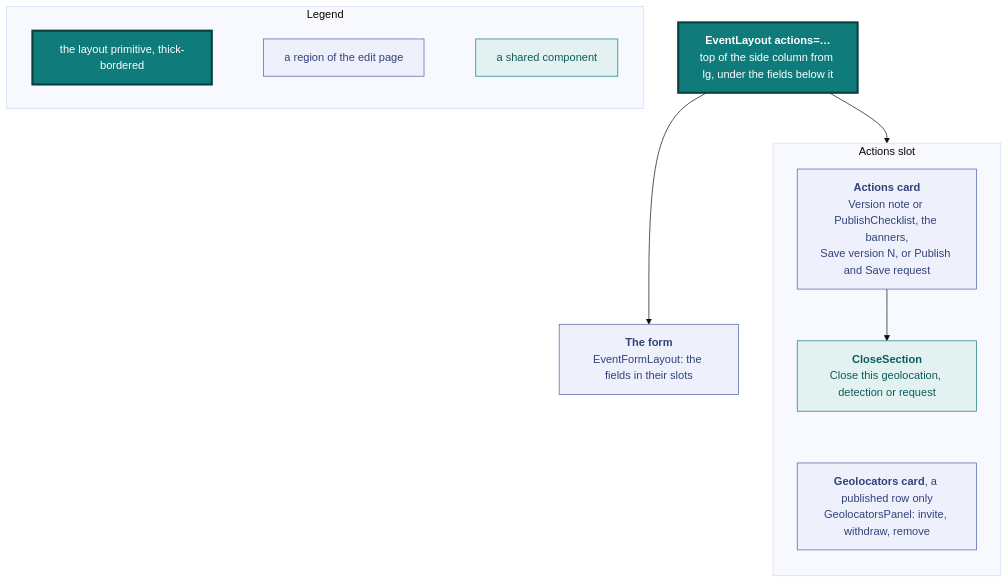
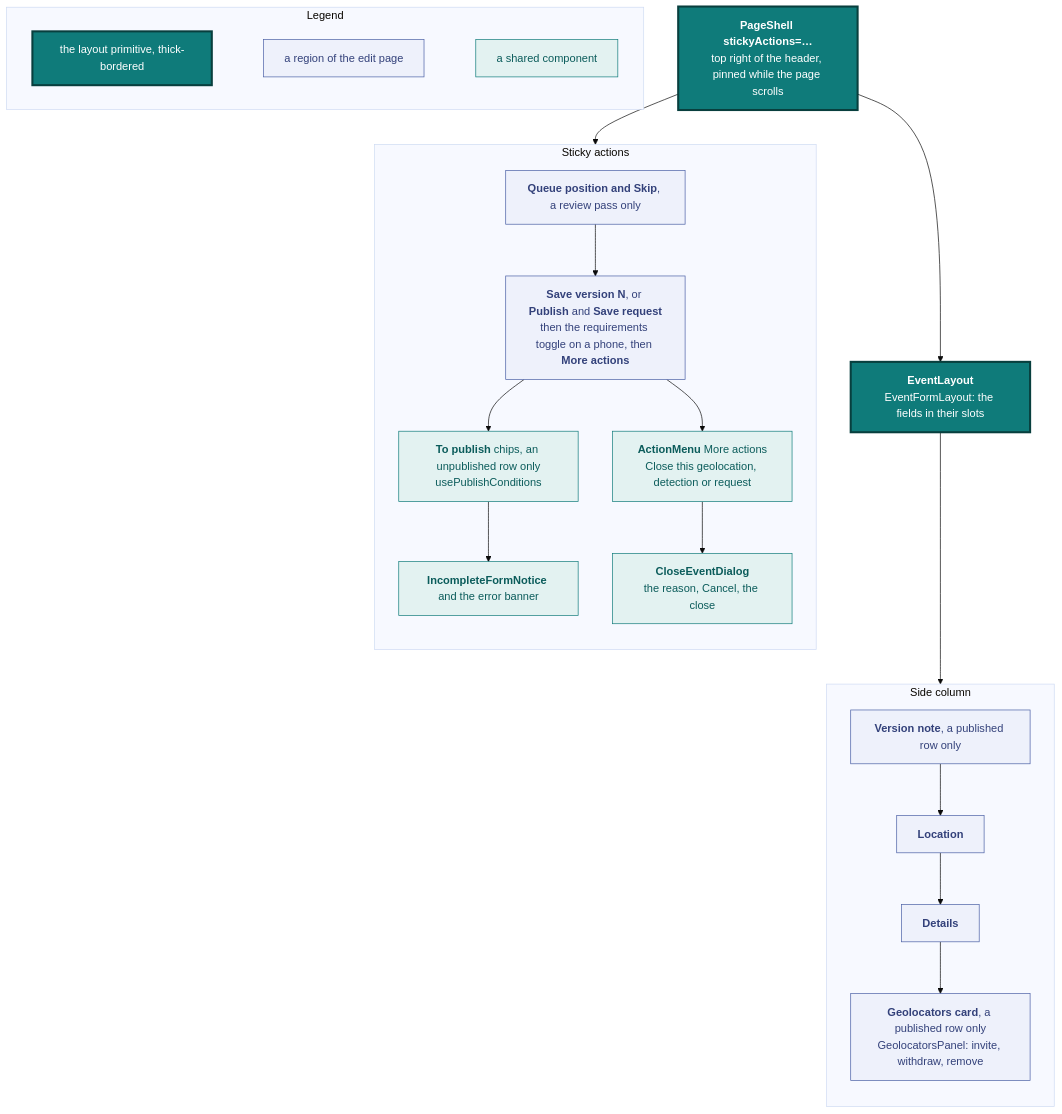
One commit to vidithq/vidit changed diagram 11 of 15 in docs/design.md. Above: the diagram before and after it, drawn with Mermaid (base theme). The commit also changed other lines of this file and 24 other files, not shown here.

First line of the commit message:
feat(frontend): pin the event actions at the top right of the header

````diff
--- a/docs/design.md
+++ b/docs/design.md
@@ -960,35 +1010,48 @@
 ```mermaid
 flowchart TB
   classDef spec fill:#eef1fb,stroke:#4a5fa5,color:#33417a
   classDef shared fill:#e3f2f1,stroke:#0f7b7a,color:#0b5c5b
   classDef core fill:#0f7b7a,stroke:#083f3e,stroke-width:3px,color:#ffffff
 
   subgraph legend [Legend]
     direction LR
     l1["`the layout primitive, thick-bordered`"]:::core
     l2["`a region of the edit page`"]:::spec
     l3["`a shared component`"]:::shared
     l1 ~~~ l2 ~~~ l3
   end
 
-  shell["`**EventLayout actions=…**
-  top of the side column from lg, under the fields below it`"]:::core
-  fields["`**The form**
-  EventFormLayout: the fields in their slots`"]:::spec
+  shell["`**PageShell stickyActions=…**
+  top right of the header, pinned while the page scrolls`"]:::core
+  layout["`**EventLayout**
+  EventFormLayout: the fields in their slots`"]:::core
 
-  subgraph rail [Actions slot]
+  subgraph rail [Sticky actions]
     direction TB
-    actions["`**Actions card**
-    Version note or PublishChecklist, the banners,
-    Save version N, or Publish and Save request`"]:::spec
-    close["`**CloseSection**
+    queue["`**Queue position and Skip**, a review pass only`"]:::spec
+    actions["`**Save version N**, or **Publish** and **Save request**
+    then the requirements toggle on a phone, then **More actions**`"]:::spec
+    chips["`**To publish** chips, an unpublished row only
+    usePublishConditions`"]:::shared
+    banners["`**IncompleteFormNotice** and the error banner`"]:::shared
+    menu["`**ActionMenu** More actions
     Close this geolocation, detection or request`"]:::shared
+    dialog["`**CloseEventDialog**
+    the reason, Cancel, the close`"]:::shared
+    queue --> actions --> chips --> banners
+    actions --> menu --> dialog
+  end
+
+  subgraph side [Side column]
+    direction TB
+    note["`**Version note**, a published row only`"]:::spec
+    location["`**Location**`"]:::spec
+    details["`**Details**`"]:::spec
     credit["`**Geolocators card**, a published row only
     GeolocatorsPanel: invite, withdraw, remove`"]:::spec
-    actions --> close
-    close ~~~ credit
+    note --> location --> details --> credit
   end
 
-  shell --> fields
   shell --> rail
+  shell --> layout --> side
 ```
````
